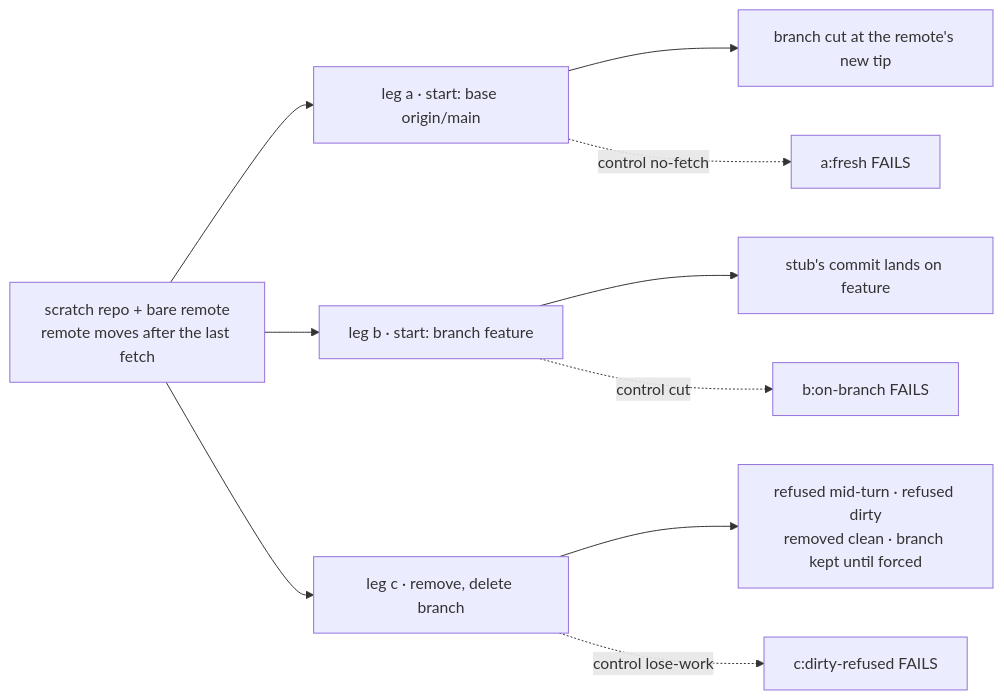
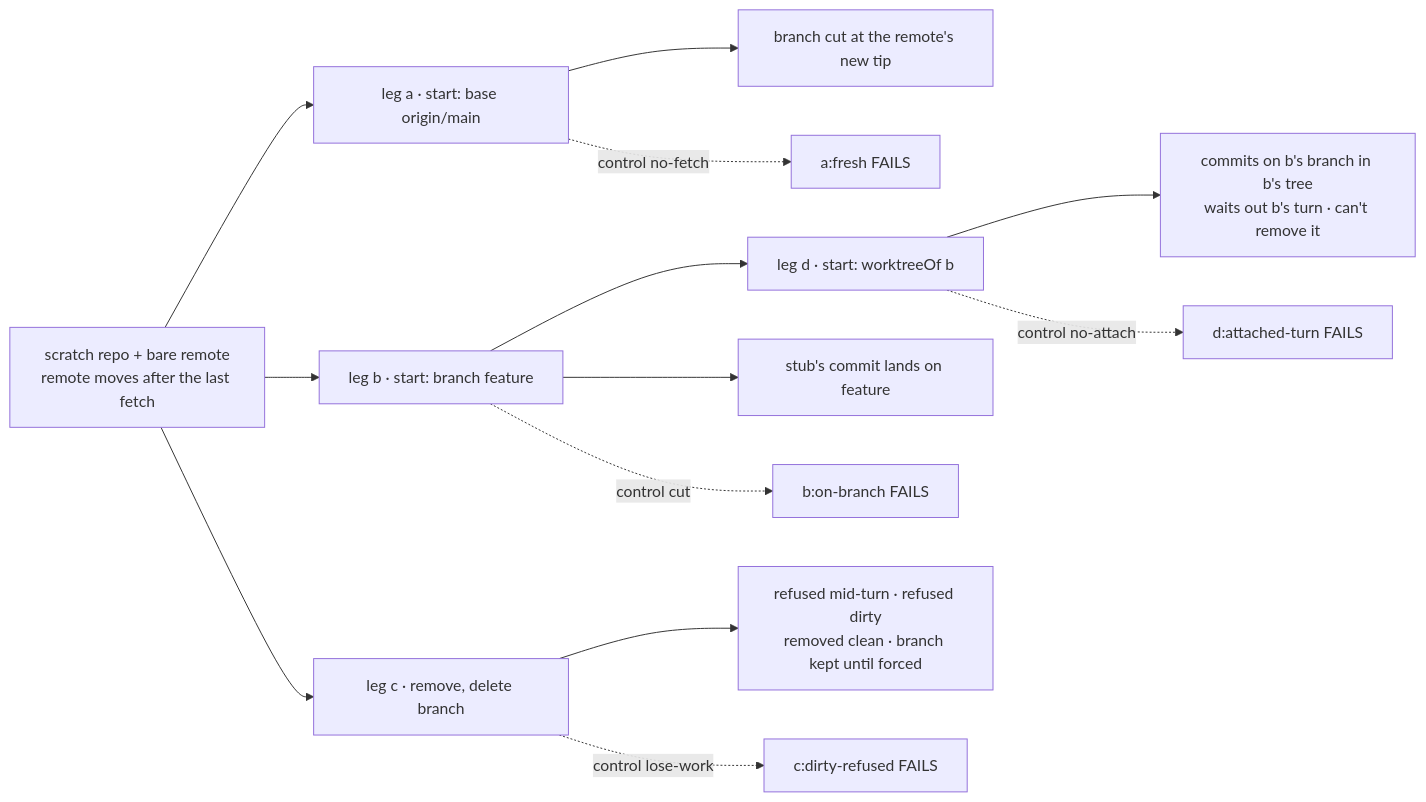
Before and after one commit to fixpoint-labs/flow-state-dev: the first of 2 diagrams in specs/issues/FIX-2419/SPEC.md, drawn with Mermaid. The commit also changed other lines of this file and 1 other file, not shown here.

First line of the commit message:
spec(FIX-2419): D4, attach a session to another session's worktree

````diff
--- a/specs/issues/FIX-2419/SPEC.md
+++ b/specs/issues/FIX-2419/SPEC.md
@@ -30,12 +32,15 @@
 ```mermaid
 flowchart LR
   R["scratch repo + bare remote<br/>remote moves after the last fetch"] --> A["leg a · start: base origin/main"]
   R --> B["leg b · start: branch feature"]
   R --> C["leg c · remove, delete branch"]
+  B --> D["leg d · start: worktreeOf b"]
+  D --> D1["commits on b's branch in b's tree<br/>waits out b's turn · can't remove it"]
+  D -. "control no-attach" .-> X4["d:attached-turn FAILS"]
   A --> A1["branch cut at the remote's new tip"]
   B --> B1["stub's commit lands on feature"]
   C --> C1["refused mid-turn · refused dirty<br/>removed clean · branch kept until forced"]
   A -. "control no-fetch" .-> X1["a:fresh FAILS"]
   B -. "control cut" .-> X2["b:on-branch FAILS"]
   C -. "control lose-work" .-> X3["c:dirty-refused FAILS"]
 ```
````
